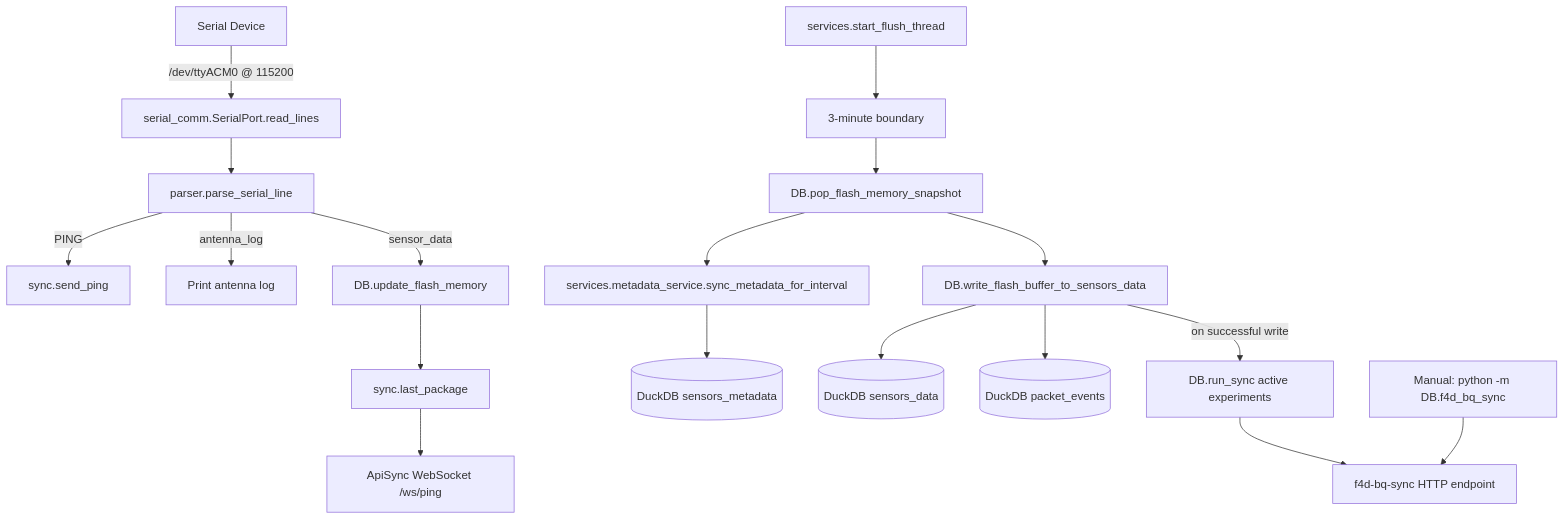
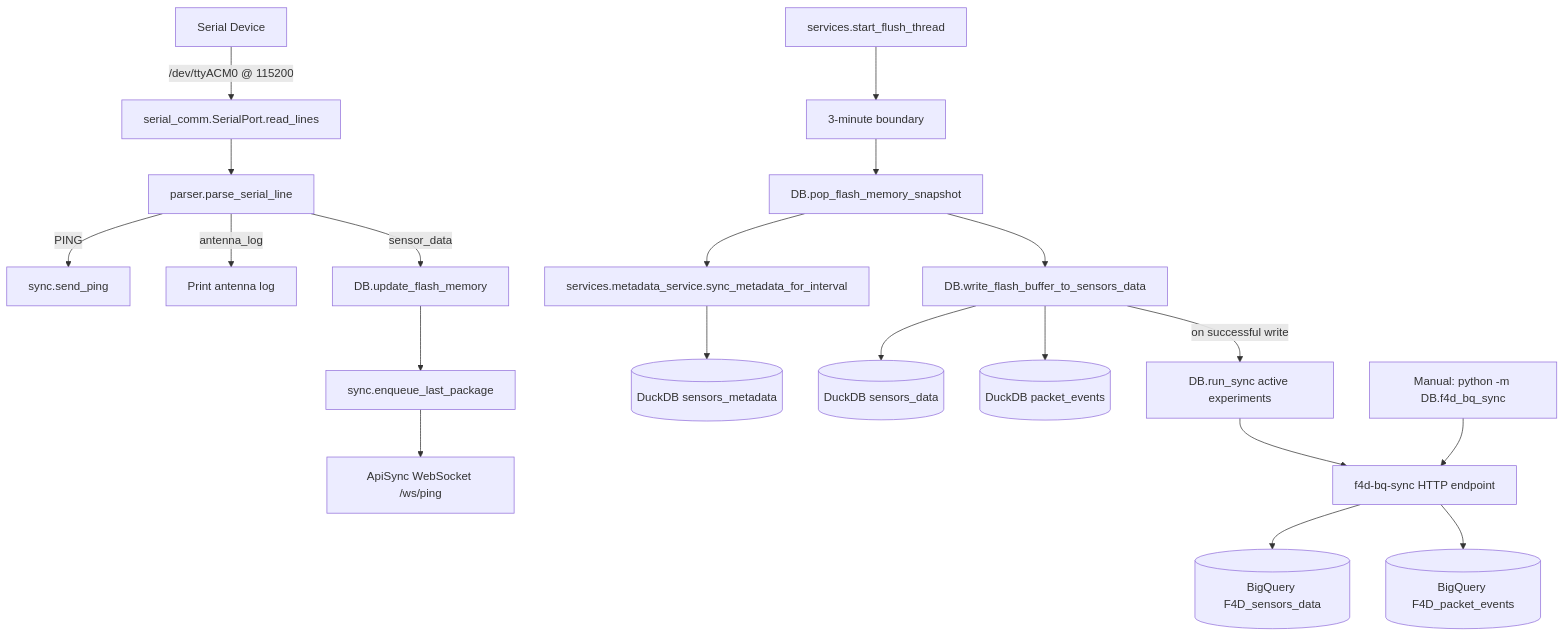
Before and after one commit to field-4d/cloud: the first of 2 diagrams in F4D_python/README.md, drawn with Mermaid. The commit also changed other lines of this file, not shown here.

Commit message:
Update README to reflect changes in sync process and BigQuery integration
- Modified flowchart to clarify the transition from `DB.update_flash_memory` to `sync.enqueue_last_package`.
- Added details about BigQuery tables (`F4D_sensors_data` and `F4D_packet_events`) written via the `f4d-bq-sync` service.
- Enhanced README structure for better clarity on data flow and service interactions.

````diff
--- a/F4D_python/README.md
+++ b/F4D_python/README.md
@@ -25,24 +25,26 @@
 ```mermaid
 flowchart TD
   A[Serial Device] -->|/dev/ttyACM0 @ 115200| B[serial_comm.SerialPort.read_lines]
   B --> C[parser.parse_serial_line]
 
   C -->|PING| D[sync.send_ping]
   C -->|antenna_log| E[Print antenna log]
   C -->|sensor_data| F[DB.update_flash_memory]
 
-  F --> G[sync.last_package]
+  F --> G[sync.enqueue_last_package]
   G --> H[ApiSync WebSocket /ws/ping]
 
   I[services.start_flush_thread] --> J[3-minute boundary]
   J --> K[DB.pop_flash_memory_snapshot]
   K --> N[services.metadata_service.sync_metadata_for_interval]
   N --> O[(DuckDB sensors_metadata)]
   K --> L[DB.write_flash_buffer_to_sensors_data]
   L --> M[(DuckDB sensors_data)]
   L --> P[(DuckDB packet_events)]
   L -->|on successful write| Q[DB.run_sync active experiments]
   Q --> R[f4d-bq-sync HTTP endpoint]
 
   S[Manual: python -m DB.f4d_bq_sync] --> R
+  R --> BQ1[(BigQuery F4D_sensors_data)]
+  R --> BQ2[(BigQuery F4D_packet_events)]
 ```
````
